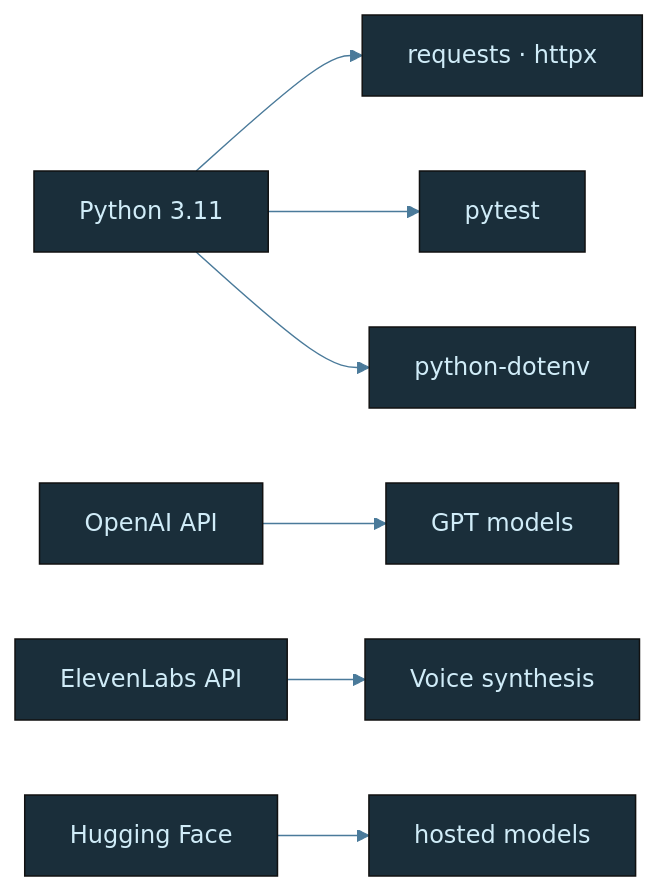
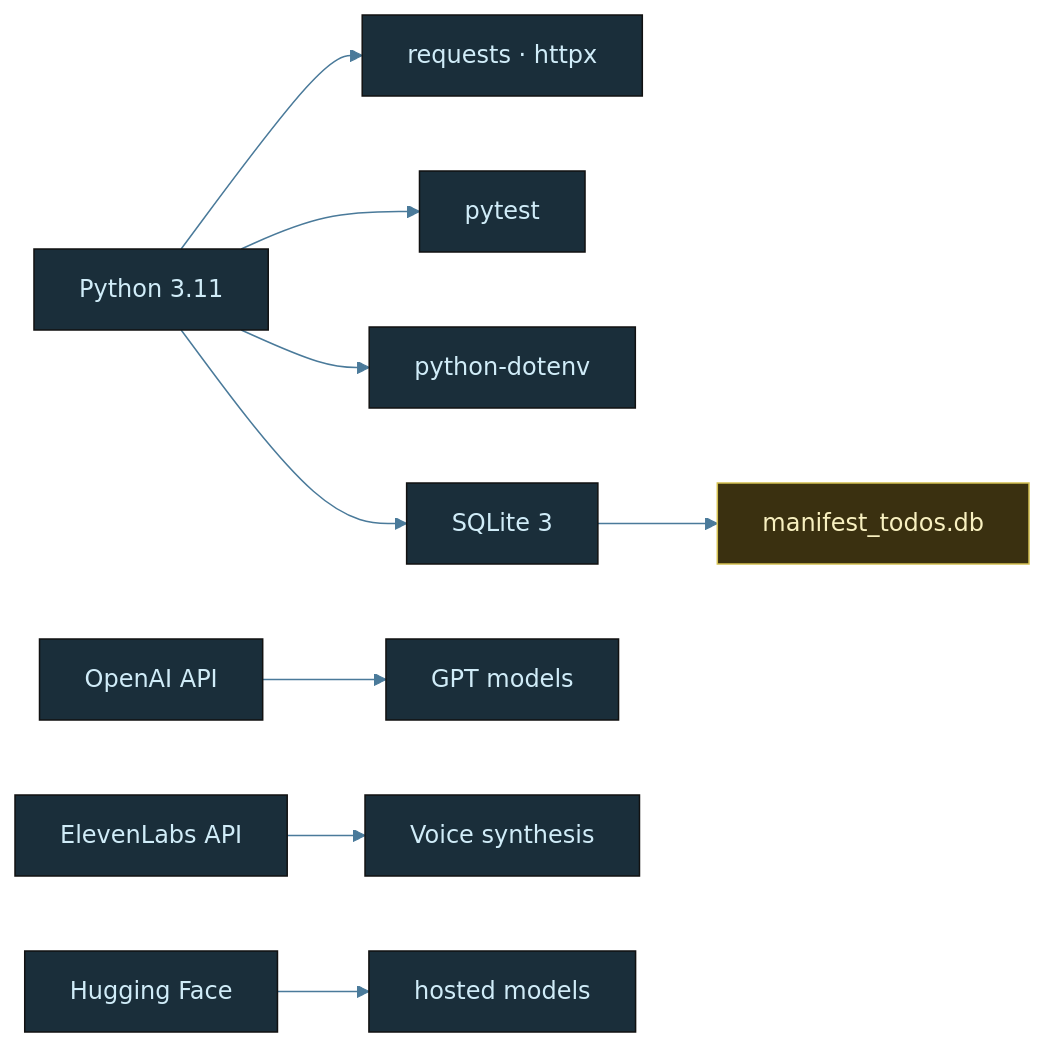
The diagram in diagrams/manifest-tech-stack.mmd (tylerdrakemusic/-Workspace), drawn with Mermaid before and after one commit. The commit also changed 3 other files, not shown here.

Commit message:
docs(diagrams): update manifest diagrams for PR#12 todo-db-cards

```diff
--- a/diagrams/manifest-tech-stack.mmd
+++ b/diagrams/manifest-tech-stack.mmd
@@ -1,21 +1,25 @@
 %%{init: {'theme': 'base', 'themeVariables': {'primaryColor': '#1a2e3a', 'primaryTextColor': '#d0ecf8', 'edgeLabelBackground': '#0f1318', 'lineColor': '#4a7a9a'}}}%%
 graph LR
     Python[Python 3.11] --> Requests[requests · httpx]
     Python --> Pytest[pytest]
     Python --> Dotenv[python-dotenv]
+    Python --> SQLite[SQLite 3]
+    SQLite --> TodosDB[manifest_todos.db]
+    class SQLite lib
+    class TodosDB db
     OpenAI[OpenAI API] --> GPT[GPT models]
     ElevenLabs[ElevenLabs API] --> TTS[Voice synthesis]
     HF[Hugging Face] --> Models[hosted models]
     class Python lang
     class OpenAI,ElevenLabs,HF api
     class Requests,Pytest,Dotenv,GPT,TTS,Models lib
 
 classDef life     fill:#1a2e3a,stroke:#6ab4d4,color:#d0ecf8
 classDef music    fill:#3a1a24,stroke:#d47a8f,color:#f8d0dc
 classDef quantum  fill:#251a3a,stroke:#a07adf,color:#e8d0f8
 classDef manifest fill:#3a2e1a,stroke:#d4a96a,color:#f8ead0
 classDef ws       fill:#1a3a30,stroke:#6ad4b4,color:#d0f8ee
 classDef tyler    fill:#2a1a3a,stroke:#9e4aff,color:#fff
 classDef ext      fill:#3a2020,stroke:#ff7a7a,color:#ffd0d0
 classDef db       fill:#3a3010,stroke:#d4c050,color:#f8f0c0
 classDef state    fill:#1a1a1a,stroke:#888888,color:#cccccc
```
